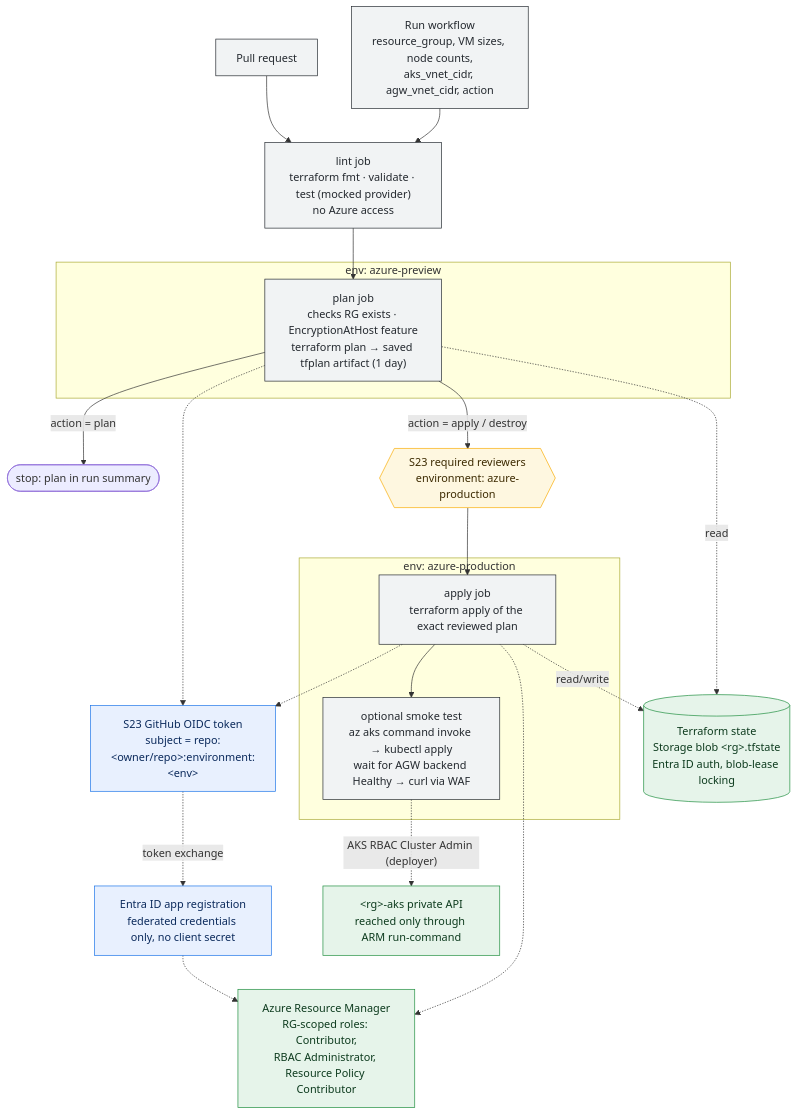
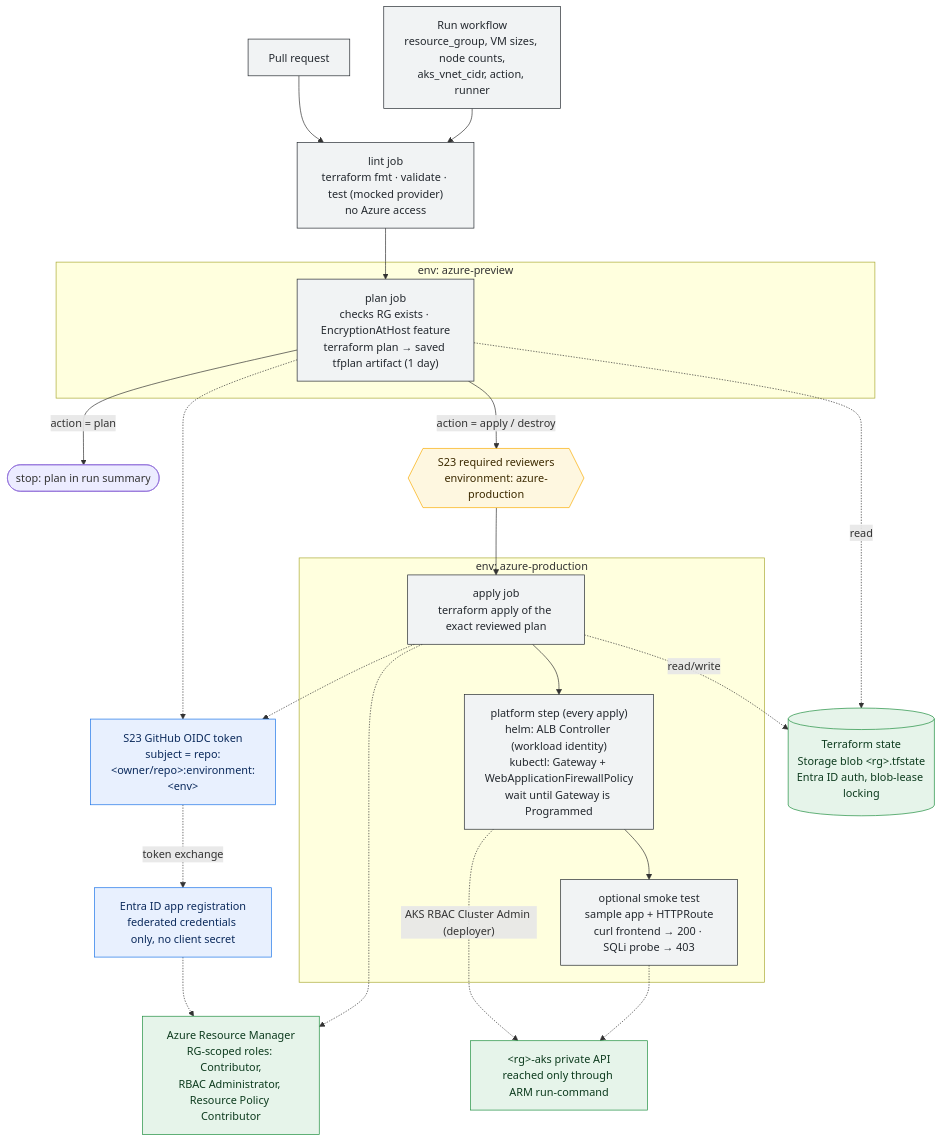
One commit to slakhani10/aks changed the fourth of 5 diagrams in docs/architecture.md. Above: the diagram before and after it, drawn with Mermaid. The commit also changed other lines of this file and 20 other files, not shown here.

````diff
--- a/docs/architecture.md
+++ b/docs/architecture.md
@@ -217,39 +189,41 @@
 ```mermaid
 flowchart TB
     classDef gh fill:#f1f3f4,stroke:#24292f,color:#24292f
     classDef sec fill:#e8f0fe,stroke:#1a73e8,color:#0b2a5c
     classDef az fill:#e6f4ea,stroke:#1e8e3e,color:#0d3b1e
     classDef gate fill:#fef7e0,stroke:#f9ab00,color:#3c2a00
 
     PR["Pull request"]:::gh --> LINT["lint job<br/>terraform fmt · validate · test (mocked provider)<br/>no Azure access"]:::gh
-    RUN["Run workflow<br/>resource_group, VM sizes, node counts,<br/>aks_vnet_cidr, agw_vnet_cidr, action"]:::gh --> LINT
+    RUN["Run workflow<br/>resource_group, VM sizes, node counts,<br/>aks_vnet_cidr, action, runner"]:::gh --> LINT
     LINT --> PLAN
 
     subgraph PREVIEW["env: azure-preview"]
         PLAN["plan job<br/>checks RG exists · EncryptionAtHost feature<br/>terraform plan → saved tfplan artifact (1 day)"]:::gh
     end
 
     PLAN -->|"action = plan"| STOP([stop: plan in run summary])
     PLAN -->|"action = apply / destroy"| GATE{{"S23 required reviewers<br/>environment: azure-production"}}:::gate
 
     subgraph PROD["env: azure-production"]
         APPLY["apply job<br/>terraform apply of the exact reviewed plan"]:::gh
-        SMOKE["optional smoke test<br/>az aks command invoke → kubectl apply<br/>wait for AGW backend Healthy → curl via WAF"]:::gh
+        PLATFORM["platform step (every apply)<br/>helm: ALB Controller (workload identity)<br/>kubectl: Gateway + WebApplicationFirewallPolicy<br/>wait until Gateway is Programmed"]:::gh
+        SMOKE["optional smoke test<br/>sample app + HTTPRoute<br/>curl frontend → 200 · SQLi probe → 403"]:::gh
     end
-    GATE --> APPLY --> SMOKE
+    GATE --> APPLY --> PLATFORM --> SMOKE
 
     OIDC["S23 GitHub OIDC token<br/>subject = repo:#lt;owner/repo#gt;:environment:#lt;env#gt;"]:::sec
     ENTRA["Entra ID app registration<br/>federated credentials only, no client secret"]:::sec
     ARM["Azure Resource Manager<br/>RG-scoped roles: Contributor,<br/>RBAC Administrator, Resource Policy Contributor"]:::az
     STATE[("Terraform state<br/>Storage blob #lt;rg#gt;.tfstate<br/>Entra ID auth, blob-lease locking")]:::az
     CLUSTER["#lt;rg#gt;-aks private API<br/>reached only through ARM run-command"]:::az
 
     PLAN -.-> OIDC
     APPLY -.-> OIDC
     OIDC -.->|"token exchange"| ENTRA
     ENTRA -.-> ARM
     PLAN -.->|read| STATE
     APPLY -.->|read/write| STATE
     APPLY -.-> ARM
-    SMOKE -.->|"AKS RBAC Cluster Admin (deployer)"| CLUSTER
+    PLATFORM -.->|"AKS RBAC Cluster Admin (deployer)"| CLUSTER
+    SMOKE -.-> CLUSTER
 ```
````
